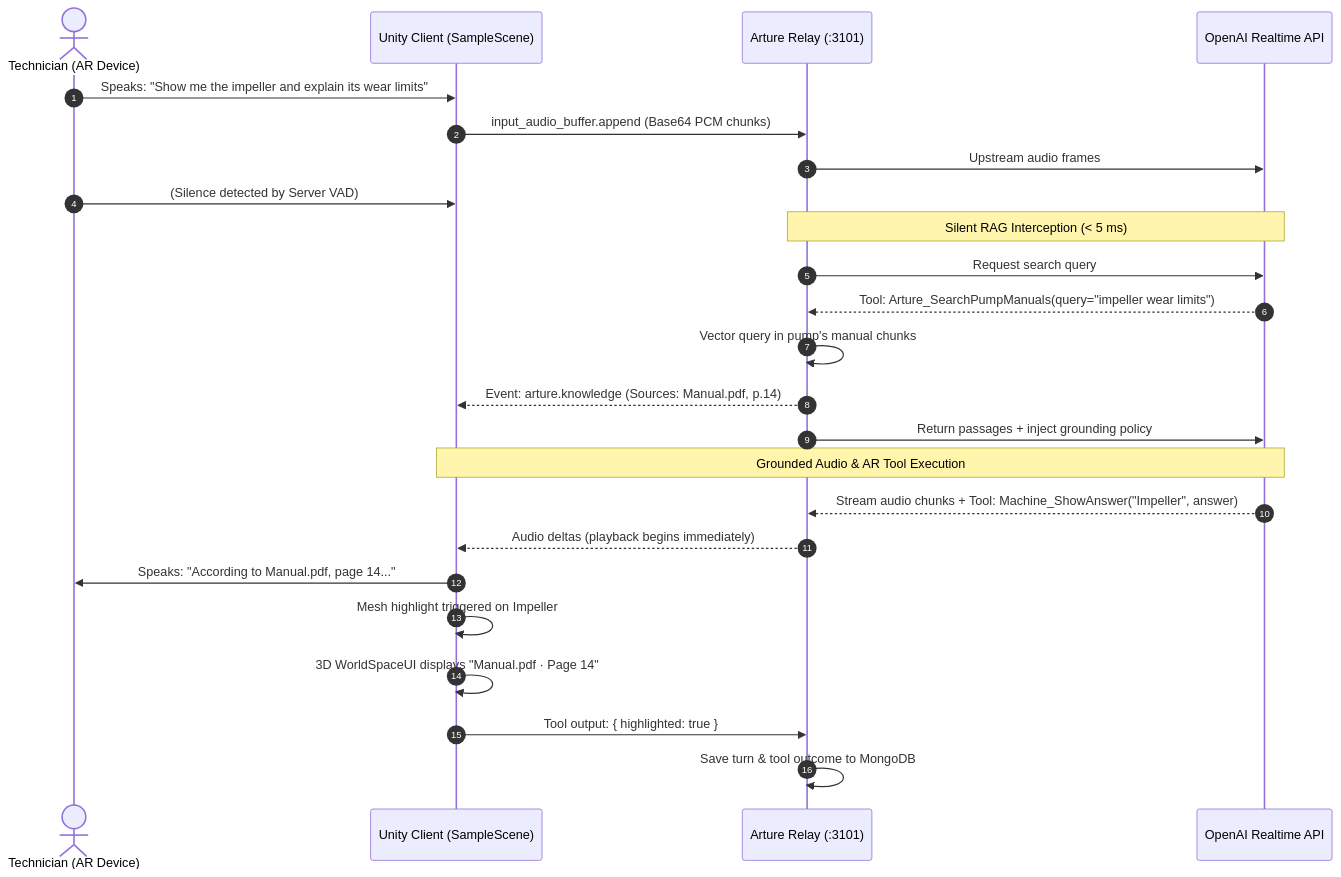
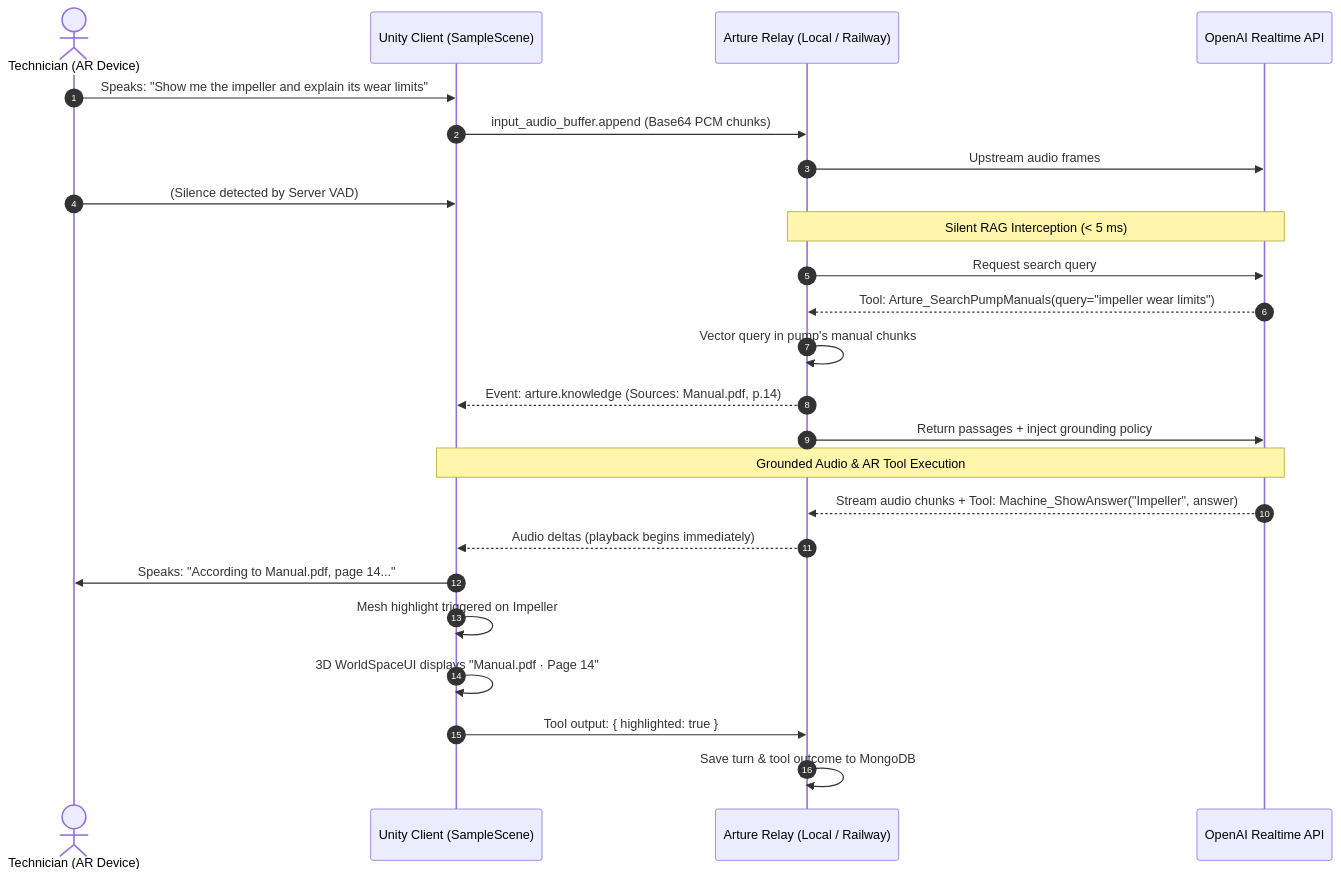
Before and after one commit to th-efool/Arture-AR-6000.4.0f1: the diagram in README.md, drawn with Mermaid. The commit also changed other lines of this file, not shown here.

Commit message:
docs: expand Unity README with cloud WebSocket relay setup and badges

````diff
--- a/README.md
+++ b/README.md
@@ -70,29 +71,29 @@
 ```mermaid
 sequenceDiagram
     autonumber
     actor Tech as Technician (AR Device)
     participant Unity as Unity Client (SampleScene)
-    participant Relay as Arture Relay (:3101)
+    participant Relay as Arture Relay (Local / Railway)
     participant OpenAI as OpenAI Realtime API
 
     Tech->>Unity: Speaks: "Show me the impeller and explain its wear limits"
     Unity->>Relay: input_audio_buffer.append (Base64 PCM chunks)
     Relay->>OpenAI: Upstream audio frames
     Tech->>Unity: (Silence detected by Server VAD)
 
     Note over Relay,OpenAI: Silent RAG Interception (< 5 ms)
     Relay->>OpenAI: Request search query
     OpenAI-->>Relay: Tool: Arture_SearchPumpManuals(query="impeller wear limits")
     Relay->>Relay: Vector query in pump's manual chunks
     Relay-->>Unity: Event: arture.knowledge (Sources: Manual.pdf, p.14)
     Relay->>OpenAI: Return passages + inject grounding policy
 
     Note over OpenAI,Unity: Grounded Audio & AR Tool Execution
     OpenAI-->>Relay: Stream audio chunks + Tool: Machine_ShowAnswer("Impeller", answer)
     Relay-->>Unity: Audio deltas (playback begins immediately)
     Unity->>Tech: Speaks: "According to Manual.pdf, page 14..."
     Unity->>Unity: Mesh highlight triggered on Impeller
     Unity->>Unity: 3D WorldSpaceUI displays "Manual.pdf · Page 14"
     Unity->>Relay: Tool output: { highlighted: true }
     Relay->>Relay: Save turn & tool outcome to MongoDB
 ```
````
